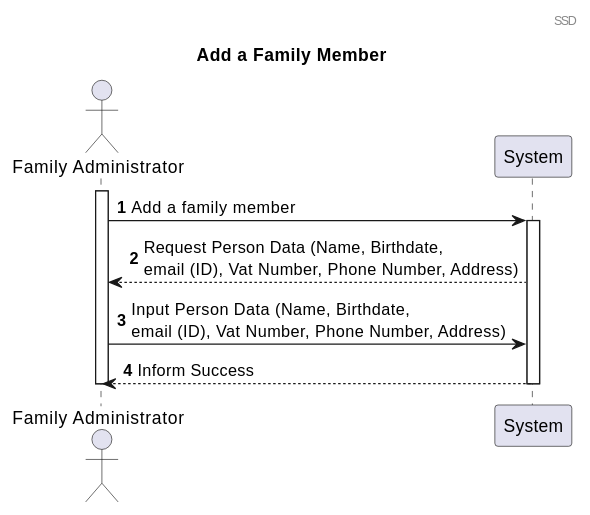
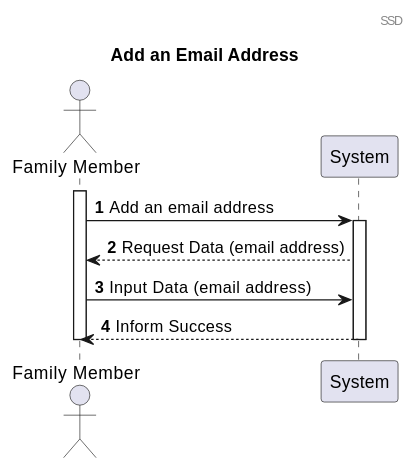
One commit to tomas-osswald/switch_2020_g3 changed the first of 4 diagrams in docs/sprint3/user_stories/US151_AddEmail.md. Above: the diagram before and after it, drawn with PlantUML. The commit also changed other lines of this file, not shown here.

````diff
--- a/docs/sprint3/user_stories/US151_AddEmail.md
+++ b/docs/sprint3/user_stories/US151_AddEmail.md
@@ -46,18 +46,18 @@
 ```plantuml
 @startuml
 
 header SSD
-title Add a Family Member
+title Add an Email Address
 autonumber
-actor "Family Administrator" as Actor
+actor "Family Member" as Actor
 participant "System" as System
 activate Actor
-Actor -> System : Add a family member
+Actor -> System : Add an email address
 activate System
-System --> Actor : Request Person Data (Name, Birthdate, \nemail (ID), Vat Number, Phone Number, Address)  
-Actor -> System : Input Person Data (Name, Birthdate, \nemail (ID), Vat Number, Phone Number, Address)
+System --> Actor : Request Data (email address)  
+Actor -> System : Input Data (email address)
 System --> Actor : Inform Success
 deactivate System
 deactivate Actor
 @enduml
 ```
````
